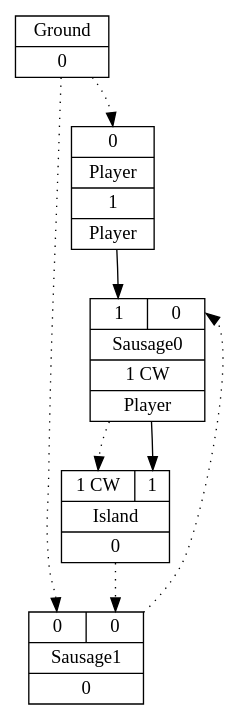
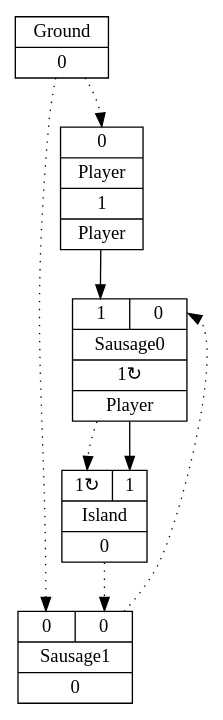
One commit to increpare/AbstractPropagationSim changed the diagram in mid/10/graph_2.gv. Above: the diagram before and after it, drawn with Graphviz. The commit also changed 106 other files, not shown here.

```diff
--- a/mid/10/graph_2.gv
+++ b/mid/10/graph_2.gv
@@ -1,15 +1,15 @@
 digraph G {
 node [shape=record];
 Player[ label ="{{<GroundP>0}|{Player}|<PlayerOUT>1|{Player}}"];
 Ground[ label ="{{Ground}|<GroundOUT>0}"];
-Sausage0[ label ="{{<Player>1|<Sausage1P>0}|{Sausage0}|<Sausage0OUT>1 CW|{Player}}"];
+Sausage0[ label ="{{<Player>1|<Sausage1P>0}|{Sausage0}|<Sausage0OUT>1&#8635;|{Player}}"];
 Sausage1[ label ="{{<GroundP>0|<IslandP>0}|{Sausage1}|<Sausage1OUT>0}"];
-Island[ label ="{{<Sausage0P>1 CW|<Sausage0>1}|{Island}|<IslandOUT>0}"];
+Island[ label ="{{<Sausage0P>1&#8635;|<Sausage0>1}|{Island}|<IslandOUT>0}"];
 	"Ground" -> "Player":GroundP [style=dotted];
 	"Player" -> "Sausage0":Player;
 	"Sausage1" -> "Sausage0":Sausage1P [style=dotted];
 	"Sausage0" -> "Island":Sausage0P [style=dotted];
 	"Sausage0" -> "Island":Sausage0;
 	"Ground" -> "Sausage1":GroundP [style=dotted];
 	"Island" -> "Sausage1":IslandP [style=dotted];
 }
```
